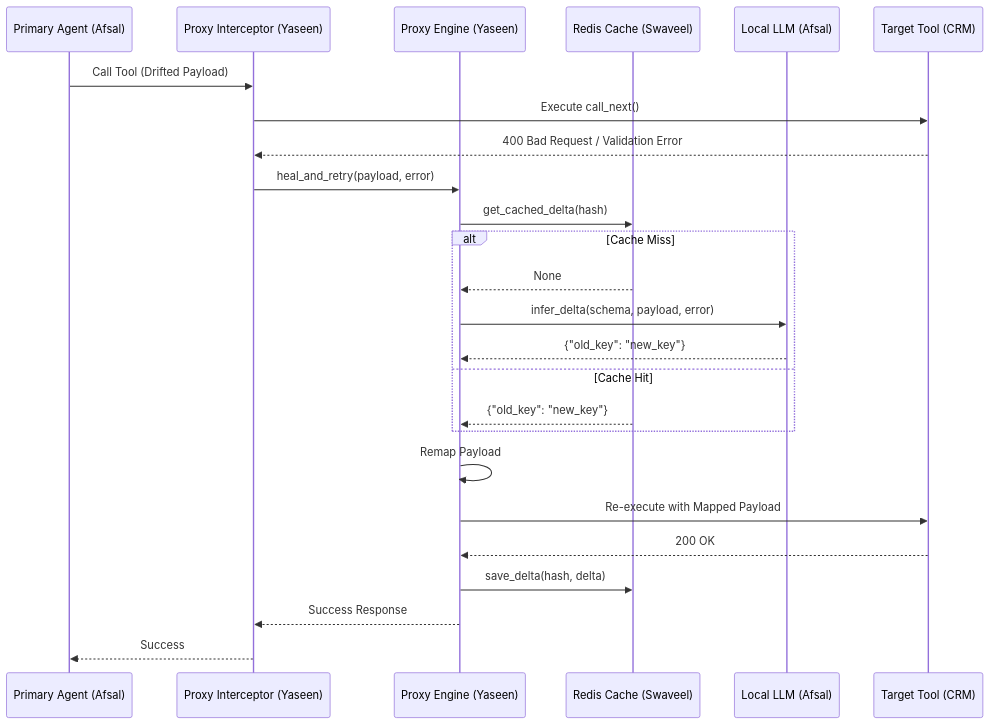
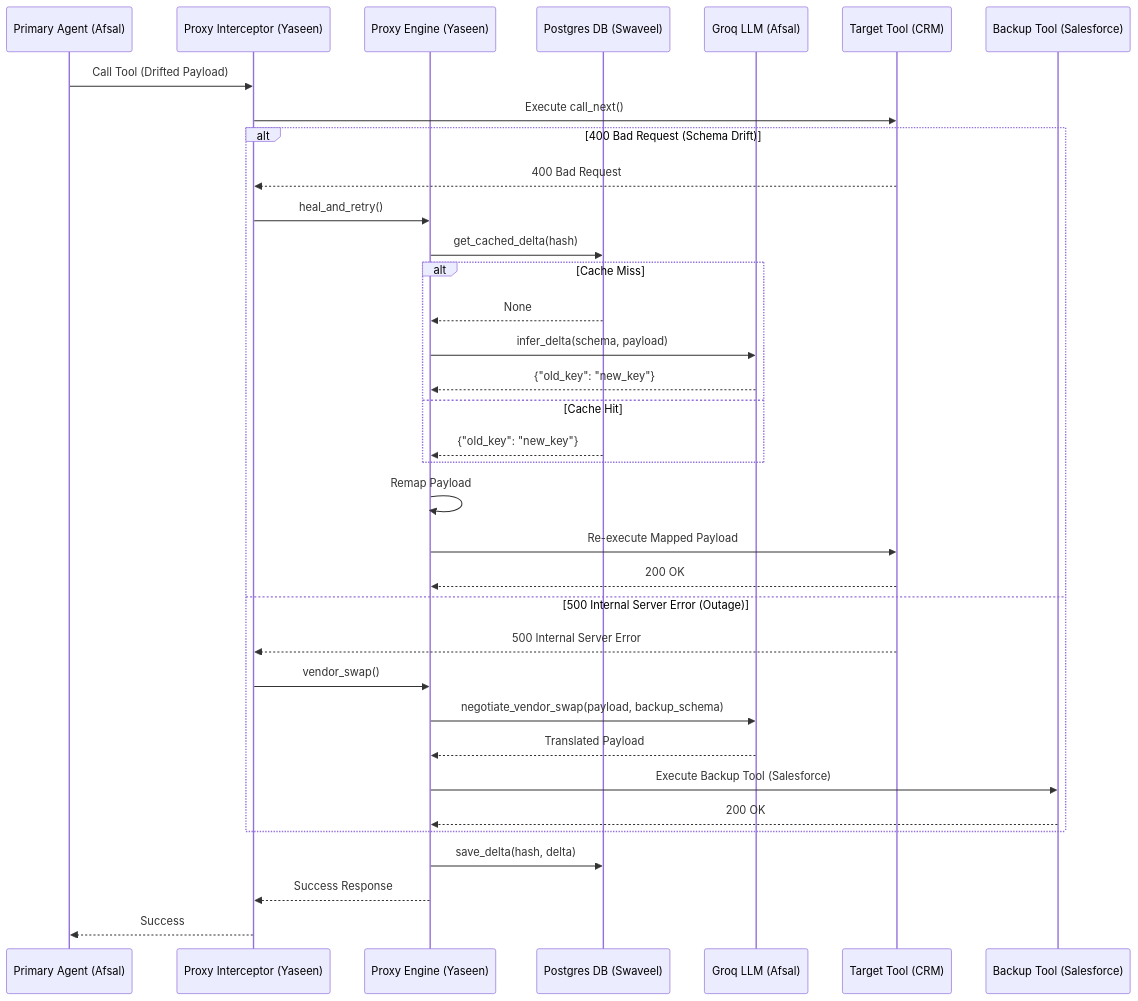
One commit to yaseenzj/Agent-Arc changed the diagram in docs/architecture.md. Above: the diagram before and after it, drawn with Mermaid. The commit also changed other lines of this file and 2 other files, not shown here.

Commit message:
upgraded

````diff
--- a/docs/architecture.md
+++ b/docs/architecture.md
@@ -17,30 +17,41 @@
 ```mermaid
 sequenceDiagram
     participant Agent as Primary Agent (Afsal)
     participant FastMCP as Proxy Interceptor (Yaseen)
     participant Engine as Proxy Engine (Yaseen)
-    participant Cache as Redis Cache (Swaveel)
-    participant Inference as Local LLM (Afsal)
+    participant Cache as Postgres DB (Swaveel)
+    participant Inference as Groq LLM (Afsal)
     participant Tool as Target Tool (CRM)
+    participant Backup as Backup Tool (Salesforce)
 
     Agent->>FastMCP: Call Tool (Drifted Payload)
     FastMCP->>Tool: Execute call_next()
-    Tool-->>FastMCP: 400 Bad Request / Validation Error
-    FastMCP->>Engine: heal_and_retry(payload, error)
     
-    Engine->>Cache: get_cached_delta(hash)
-    alt Cache Miss
-        Cache-->>Engine: None
-        Engine->>Inference: infer_delta(schema, payload, error)
-        Inference-->>Engine: {"old_key": "new_key"}
-    else Cache Hit
-        Cache-->>Engine: {"old_key": "new_key"}
+    alt 400 Bad Request (Schema Drift)
+        Tool-->>FastMCP: 400 Bad Request
+        FastMCP->>Engine: heal_and_retry()
+        Engine->>Cache: get_cached_delta(hash)
+        alt Cache Miss
+            Cache-->>Engine: None
+            Engine->>Inference: infer_delta(schema, payload)
+            Inference-->>Engine: {"old_key": "new_key"}
+        else Cache Hit
+            Cache-->>Engine: {"old_key": "new_key"}
+        end
+        Engine->>Engine: Remap Payload
+        Engine->>Tool: Re-execute Mapped Payload
+        Tool-->>Engine: 200 OK
+        
+    else 500 Internal Server Error (Outage)
+        Tool-->>FastMCP: 500 Internal Server Error
+        FastMCP->>Engine: vendor_swap()
+        Engine->>Inference: negotiate_vendor_swap(payload, backup_schema)
+        Inference-->>Engine: Translated Payload
+        Engine->>Backup: Execute Backup Tool (Salesforce)
+        Backup-->>Engine: 200 OK
     end
     
-    Engine->>Engine: Remap Payload
-    Engine->>Tool: Re-execute with Mapped Payload
-    Tool-->>Engine: 200 OK
     Engine->>Cache: save_delta(hash, delta)
     Engine-->>FastMCP: Success Response
     FastMCP-->>Agent: Success
 ```
````
